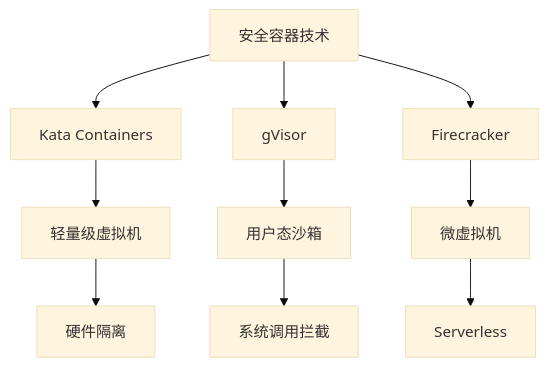
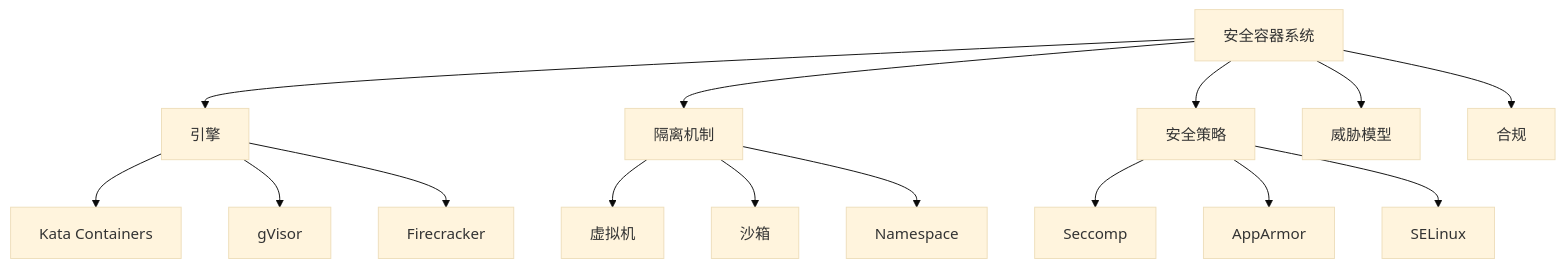
One commit to AdaMartin18010/SystemOSIOT changed the diagram in 7.容器与微服务/7.1 知识梳理/7.1.6.1.1 安全容器技术细化.md. Above: the diagram before and after it, drawn with Mermaid (base theme). The commit also changed other lines of this file and 19 other files, not shown here.

````diff
--- a/7.容器与微服务/7.1 知识梳理/7.1.6.1.1 安全容器技术细化.md
+++ b/7.容器与微服务/7.1 知识梳理/7.1.6.1.1 安全容器技术细化.md
@@ -41,12 +44,17 @@
 ```mermaid
-graph TD
-    A[安全容器技术] --> B[Kata Containers]
-    A --> C[gVisor]
-    A --> D[Firecracker]
-    B --> E[轻量级虚拟机]
-    C --> F[用户态沙箱]
-    D --> G[微虚拟机]
-    E --> H[硬件隔离]
-    F --> I[系统调用拦截]
-    G --> J[Serverless]
+graph TD;
+  SecureContainer[安全容器系统] --> Engine[引擎];
+  SecureContainer --> Isolation[隔离机制];
+  SecureContainer --> Policy[安全策略];
+  SecureContainer --> Threat[威胁模型];
+  SecureContainer --> Compliance[合规];
+  Engine --> Kata[Kata Containers];
+  Engine --> gVisor[gVisor];
+  Engine --> Firecracker[Firecracker];
+  Isolation --> VM[虚拟机];
+  Isolation --> Sandbox[沙箱];
+  Isolation --> Namespace[Namespace];
+  Policy --> Seccomp[Seccomp];
+  Policy --> AppArmor[AppArmor];
+  Policy --> SELinux[SELinux];
 ```
````
